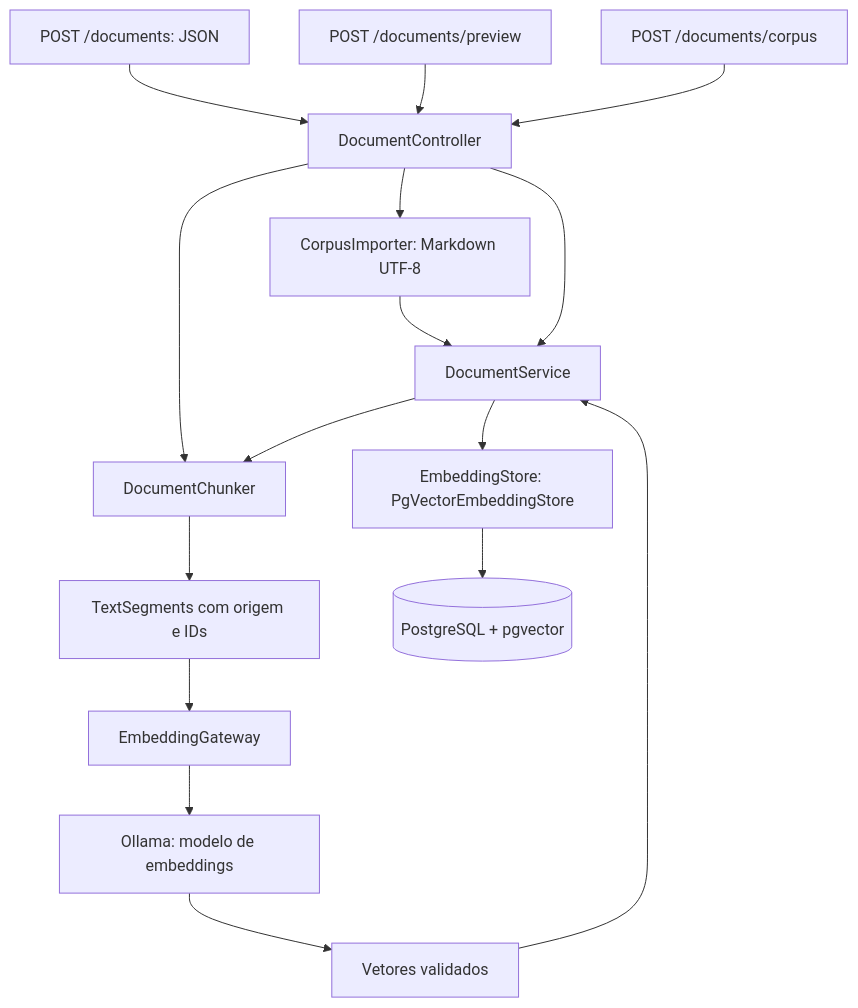
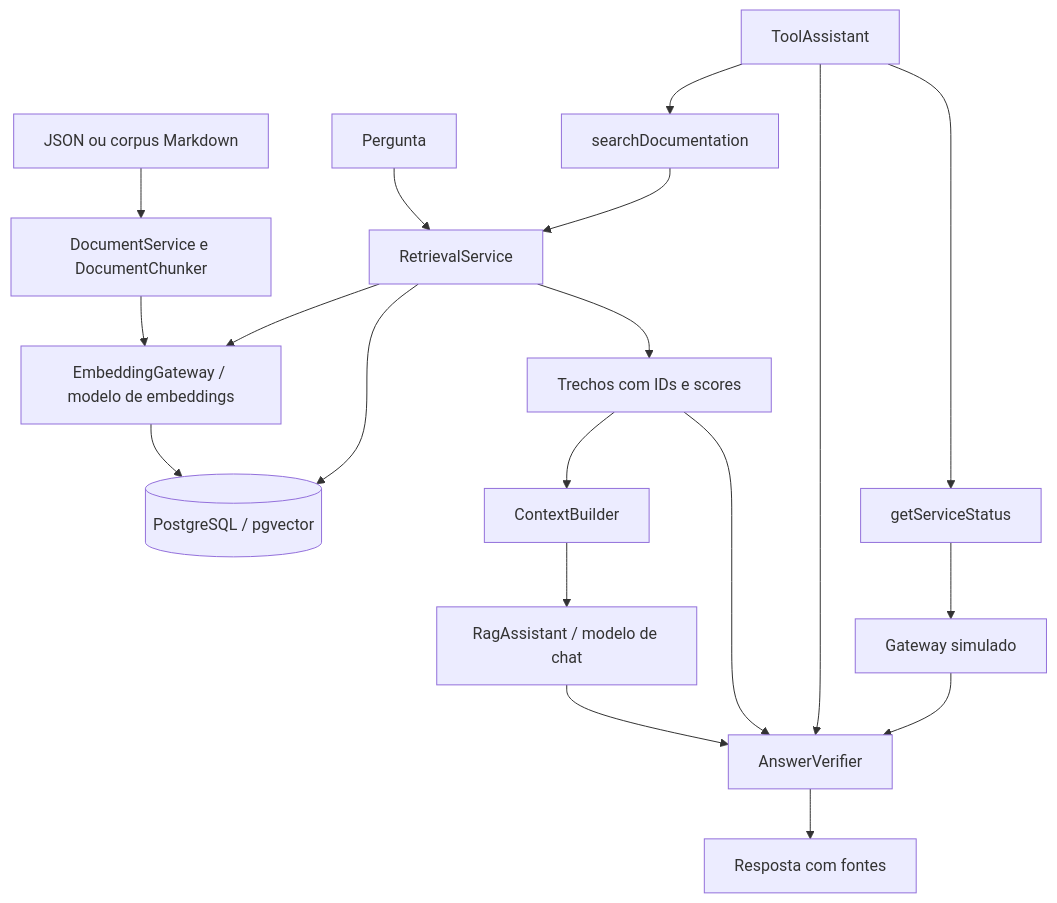
Before and after one commit to zguilhermedev/java-knowledge-assistant: the first of 2 diagrams in docs/architecture.md, drawn with Mermaid. The commit also changed other lines of this file and 43 other files, not shown here.

First line of the commit message:
feat: conclui assistente RAG com tools, streaming e Docker

````diff
--- a/docs/architecture.md
+++ b/docs/architecture.md
@@ -7,18 +7,21 @@
 ```mermaid
 flowchart TD
-    Json[POST /documents: JSON] --> Controller[DocumentController]
-    Preview[POST /documents/preview] --> Controller
-    Corpus[POST /documents/corpus] --> Controller
-    Controller --> Importer[CorpusImporter: Markdown UTF-8]
-    Importer --> Service[DocumentService]
-    Controller --> Service
-    Controller --> Chunker[DocumentChunker]
-    Service --> Chunker
-    Chunker --> Segments[TextSegments com origem e IDs]
-    Segments --> Gateway[EmbeddingGateway]
-    Gateway --> Ollama[Ollama: modelo de embeddings]
-    Ollama --> Vectors[Vetores validados]
-    Vectors --> Service
-    Service --> Store[EmbeddingStore: PgVectorEmbeddingStore]
-    Store --> Database[(PostgreSQL + pgvector)]
+    Docs[JSON ou corpus Markdown] --> Ingest[DocumentService e DocumentChunker]
+    Ingest --> Embeddings[EmbeddingGateway / modelo de embeddings]
+    Embeddings --> Store[(PostgreSQL / pgvector)]
+    Question[Pergunta] --> Retrieval[RetrievalService]
+    Retrieval --> Embeddings
+    Retrieval --> Store
+    Retrieval --> Sources[Trechos com IDs e scores]
+    Sources --> Context[ContextBuilder]
+    Context --> Chat[RagAssistant / modelo de chat]
+    Chat --> Verify[AnswerVerifier]
+    Sources --> Verify
+    Verify --> Answer[Resposta com fontes]
+    Tools[ToolAssistant] --> SearchTool[searchDocumentation]
+    SearchTool --> Retrieval
+    Tools --> StatusTool[getServiceStatus]
+    StatusTool --> Status[Gateway simulado]
+    Tools --> Verify
+    Status --> Verify
 ```
````
